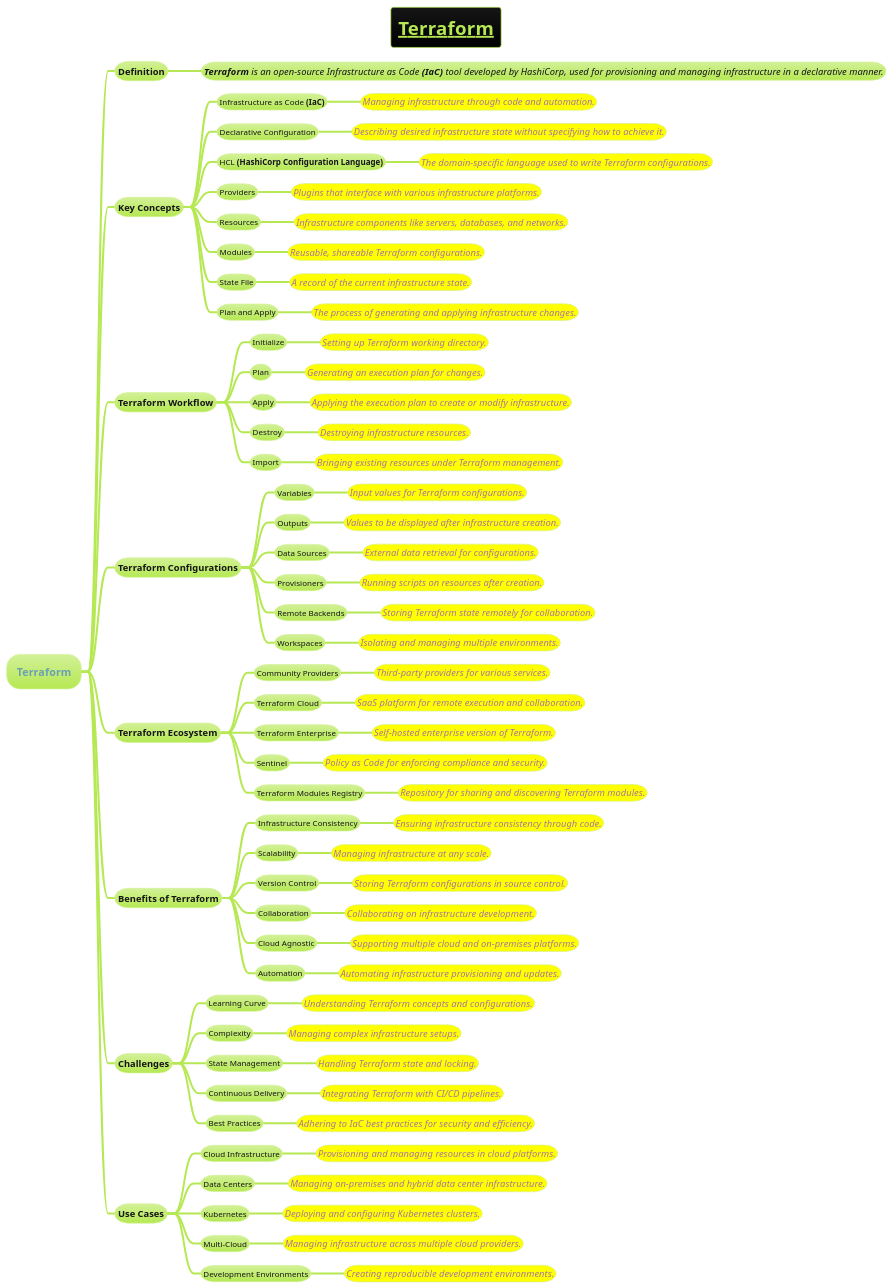
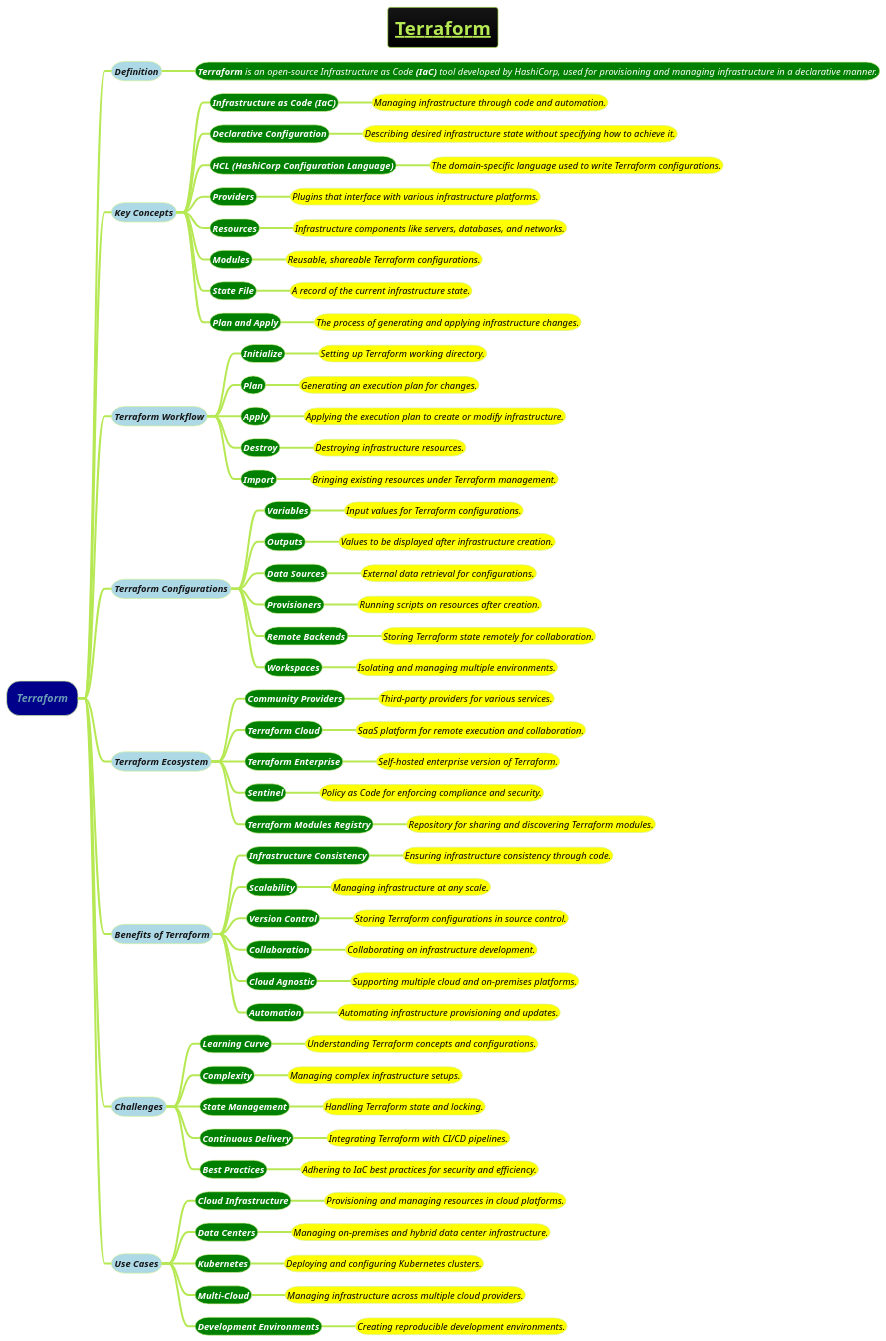
Before and after one commit to MehmoodHashmi/Documentation-as-Code-DaC: the diagram in docs/3-devops/devops-plantuml-mindmap/Terraform.puml, drawn with PlantUML. The commit also changed 22 other files, not shown here.

```diff
--- a/docs/3-devops/devops-plantuml-mindmap/Terraform.puml
+++ b/docs/3-devops/devops-plantuml-mindmap/Terraform.puml
@@ -1,103 +1,103 @@
 @startmindmap
 title =__Terraform__
 !theme hacker
 
-* Terraform
-** Definition
-*** ====<size:14>**Terraform** is an open-source Infrastructure as Code **(IaC)** tool developed by HashiCorp, used for provisioning and managing infrastructure in a declarative manner.
+*[#darkblue] <i>Terraform
+**[#lightblue] <i><color #blac><size:14>Definition
+***[#green] <i><color #white><size:14>**Terraform** is an open-source Infrastructure as Code **(IaC)** tool developed by HashiCorp, used for provisioning and managing infrastructure in a declarative manner.
 
-** Key Concepts
-*** Infrastructure as Code **(IaC)**
-****[#yellow] ====<size:14>Managing infrastructure through code and automation.
-*** Declarative Configuration
-****[#yellow] ====<size:14>Describing desired infrastructure state without specifying how to achieve it.
-*** HCL **(HashiCorp Configuration Language)**
-****[#yellow] ====<size:14>The domain-specific language used to write Terraform configurations.
-*** Providers
-****[#yellow] ====<size:14>Plugins that interface with various infrastructure platforms.
-*** Resources
-****[#yellow] ====<size:14>Infrastructure components like servers, databases, and networks.
-*** Modules
-****[#yellow] ====<size:14>Reusable, shareable Terraform configurations.
-*** State File
-****[#yellow] ====<size:14>A record of the current infrastructure state.
-*** Plan and Apply
-****[#yellow] ====<size:14>The process of generating and applying infrastructure changes.
+**[#lightblue] <i><color #blac><size:14>Key Concepts
+***[#green] <b><i><color #white><size:14>Infrastructure as Code **(IaC)**
+****[#yellow] <i><color #black><size:14>Managing infrastructure through code and automation.
+***[#green] <b><i><color #white><size:14>Declarative Configuration
+****[#yellow] <i><color #black><size:14>Describing desired infrastructure state without specifying how to achieve it.
+***[#green] <b><i><color #white><size:14>HCL **(HashiCorp Configuration Language)**
+****[#yellow] <i><color #black><size:14>The domain-specific language used to write Terraform configurations.
+***[#green] <b><i><color #white><size:14>Providers
+****[#yellow] <i><color #black><size:14>Plugins that interface with various infrastructure platforms.
+***[#green] <b><i><color #white><size:14>Resources
+****[#yellow] <i><color #black><size:14>Infrastructure components like servers, databases, and networks.
+***[#green] <b><i><color #white><size:14>Modules
+****[#yellow] <i><color #black><size:14>Reusable, shareable Terraform configurations.
+***[#green] <b><i><color #white><size:14>State File
+****[#yellow] <i><color #black><size:14>A record of the current infrastructure state.
+***[#green] <b><i><color #white><size:14>Plan and Apply
+****[#yellow] <i><color #black><size:14>The process of generating and applying infrastructure changes.
 
-** Terraform Workflow
-*** Initialize
-****[#yellow] ====<size:14>Setting up Terraform working directory.
-*** Plan
-****[#yellow] ====<size:14>Generating an execution plan for changes.
-*** Apply
-****[#yellow] ====<size:14>Applying the execution plan to create or modify infrastructure.
-*** Destroy
-****[#yellow] ====<size:14>Destroying infrastructure resources.
-*** Import
-****[#yellow] ====<size:14>Bringing existing resources under Terraform management.
+**[#lightblue] <i><color #blac><size:14>Terraform Workflow
+***[#green] <b><i><color #white><size:14>Initialize
+****[#yellow] <i><color #black><size:14>Setting up Terraform working directory.
+***[#green] <b><i><color #white><size:14>Plan
+****[#yellow] <i><color #black><size:14>Generating an execution plan for changes.
+***[#green] <b><i><color #white><size:14>Apply
+****[#yellow] <i><color #black><size:14>Applying the execution plan to create or modify infrastructure.
+***[#green] <b><i><color #white><size:14>Destroy
+****[#yellow] <i><color #black><size:14>Destroying infrastructure resources.
+***[#green] <b><i><color #white><size:14>Import
+****[#yellow] <i><color #black><size:14>Bringing existing resources under Terraform management.
 
-** Terraform Configurations
-*** Variables
-****[#yellow] ====<size:14>Input values for Terraform configurations.
-*** Outputs
-****[#yellow] ====<size:14>Values to be displayed after infrastructure creation.
-*** Data Sources
-****[#yellow] ====<size:14>External data retrieval for configurations.
-*** Provisioners
-****[#yellow] ====<size:14>Running scripts on resources after creation.
-*** Remote Backends
-****[#yellow] ====<size:14>Storing Terraform state remotely for collaboration.
-*** Workspaces
-****[#yellow] ====<size:14>Isolating and managing multiple environments.
+**[#lightblue] <i><color #blac><size:14>Terraform Configurations
+***[#green] <b><i><color #white><size:14>Variables
+****[#yellow] <i><color #black><size:14>Input values for Terraform configurations.
+***[#green] <b><i><color #white><size:14>Outputs
+****[#yellow] <i><color #black><size:14>Values to be displayed after infrastructure creation.
+***[#green] <b><i><color #white><size:14>Data Sources
+****[#yellow] <i><color #black><size:14>External data retrieval for configurations.
+***[#green] <b><i><color #white><size:14>Provisioners
+****[#yellow] <i><color #black><size:14>Running scripts on resources after creation.
+***[#green] <b><i><color #white><size:14>Remote Backends
+****[#yellow] <i><color #black><size:14>Storing Terraform state remotely for collaboration.
+***[#green] <b><i><color #white><size:14>Workspaces
+****[#yellow] <i><color #black><size:14>Isolating and managing multiple environments.
 
-** Terraform Ecosystem
-*** Community Providers
-****[#yellow] ====<size:14>Third-party providers for various services.
-*** Terraform Cloud
-****[#yellow] ====<size:14>SaaS platform for remote execution and collaboration.
-*** Terraform Enterprise
-****[#yellow] ====<size:14>Self-hosted enterprise version of Terraform.
-*** Sentinel
-****[#yellow] ====<size:14>Policy as Code for enforcing compliance and security.
-*** Terraform Modules Registry
-****[#yellow] ====<size:14>Repository for sharing and discovering Terraform modules.
+**[#lightblue] <i><color #blac><size:14>Terraform Ecosystem
+***[#green] <b><i><color #white><size:14>Community Providers
+****[#yellow] <i><color #black><size:14>Third-party providers for various services.
+***[#green] <b><i><color #white><size:14>Terraform Cloud
+****[#yellow] <i><color #black><size:14>SaaS platform for remote execution and collaboration.
+***[#green] <b><i><color #white><size:14>Terraform Enterprise
+****[#yellow] <i><color #black><size:14>Self-hosted enterprise version of Terraform.
+***[#green] <b><i><color #white><size:14>Sentinel
+****[#yellow] <i><color #black><size:14>Policy as Code for enforcing compliance and security.
+***[#green] <b><i><color #white><size:14>Terraform Modules Registry
+****[#yellow] <i><color #black><size:14>Repository for sharing and discovering Terraform modules.
 
-** Benefits of Terraform
-*** Infrastructure Consistency
-****[#yellow] ====<size:14>Ensuring infrastructure consistency through code.
-*** Scalability
-****[#yellow] ====<size:14>Managing infrastructure at any scale.
-*** Version Control
-****[#yellow] ====<size:14>Storing Terraform configurations in source control.
-*** Collaboration
-****[#yellow] ====<size:14>Collaborating on infrastructure development.
-*** Cloud Agnostic
-****[#yellow] ====<size:14>Supporting multiple cloud and on-premises platforms.
-*** Automation
-****[#yellow] ====<size:14>Automating infrastructure provisioning and updates.
+**[#lightblue] <i><color #blac><size:14>Benefits of Terraform
+***[#green] <b><i><color #white><size:14>Infrastructure Consistency
+****[#yellow] <i><color #black><size:14>Ensuring infrastructure consistency through code.
+***[#green] <b><i><color #white><size:14>Scalability
+****[#yellow] <i><color #black><size:14>Managing infrastructure at any scale.
+***[#green] <b><i><color #white><size:14>Version Control
+****[#yellow] <i><color #black><size:14>Storing Terraform configurations in source control.
+***[#green] <b><i><color #white><size:14>Collaboration
+****[#yellow] <i><color #black><size:14>Collaborating on infrastructure development.
+***[#green] <b><i><color #white><size:14>Cloud Agnostic
+****[#yellow] <i><color #black><size:14>Supporting multiple cloud and on-premises platforms.
+***[#green] <b><i><color #white><size:14>Automation
+****[#yellow] <i><color #black><size:14>Automating infrastructure provisioning and updates.
 
-** Challenges
-*** Learning Curve
-****[#yellow] ====<size:14>Understanding Terraform concepts and configurations.
-*** Complexity
-****[#yellow] ====<size:14>Managing complex infrastructure setups.
-*** State Management
-****[#yellow] ====<size:14>Handling Terraform state and locking.
-*** Continuous Delivery
-****[#yellow] ====<size:14>Integrating Terraform with CI/CD pipelines.
-*** Best Practices
-****[#yellow] ====<size:14>Adhering to IaC best practices for security and efficiency.
+**[#lightblue] <i><color #blac><size:14>Challenges
+***[#green] <b><i><color #white><size:14>Learning Curve
+****[#yellow] <i><color #black><size:14>Understanding Terraform concepts and configurations.
+***[#green] <b><i><color #white><size:14>Complexity
+****[#yellow] <i><color #black><size:14>Managing complex infrastructure setups.
+***[#green] <b><i><color #white><size:14>State Management
+****[#yellow] <i><color #black><size:14>Handling Terraform state and locking.
+***[#green] <b><i><color #white><size:14>Continuous Delivery
+****[#yellow] <i><color #black><size:14>Integrating Terraform with CI/CD pipelines.
+***[#green] <b><i><color #white><size:14>Best Practices
+****[#yellow] <i><color #black><size:14>Adhering to IaC best practices for security and efficiency.
 
-** Use Cases
-*** Cloud Infrastructure
-****[#yellow] ====<size:14>Provisioning and managing resources in cloud platforms.
-*** Data Centers
-****[#yellow] ====<size:14>Managing on-premises and hybrid data center infrastructure.
-*** Kubernetes
-****[#yellow] ====<size:14>Deploying and configuring Kubernetes clusters.
-*** Multi-Cloud
-****[#yellow] ====<size:14>Managing infrastructure across multiple cloud providers.
-*** Development Environments
-****[#yellow] ====<size:14>Creating reproducible development environments.
+**[#lightblue] <i><color #blac><size:14>Use Cases
+***[#green] <b><i><color #white><size:14>Cloud Infrastructure
+****[#yellow] <i><color #black><size:14>Provisioning and managing resources in cloud platforms.
+***[#green] <b><i><color #white><size:14>Data Centers
+****[#yellow] <i><color #black><size:14>Managing on-premises and hybrid data center infrastructure.
+***[#green] <b><i><color #white><size:14>Kubernetes
+****[#yellow] <i><color #black><size:14>Deploying and configuring Kubernetes clusters.
+***[#green] <b><i><color #white><size:14>Multi-Cloud
+****[#yellow] <i><color #black><size:14>Managing infrastructure across multiple cloud providers.
+***[#green] <b><i><color #white><size:14>Development Environments
+****[#yellow] <i><color #black><size:14>Creating reproducible development environments.
 
 @endmindmap
```
